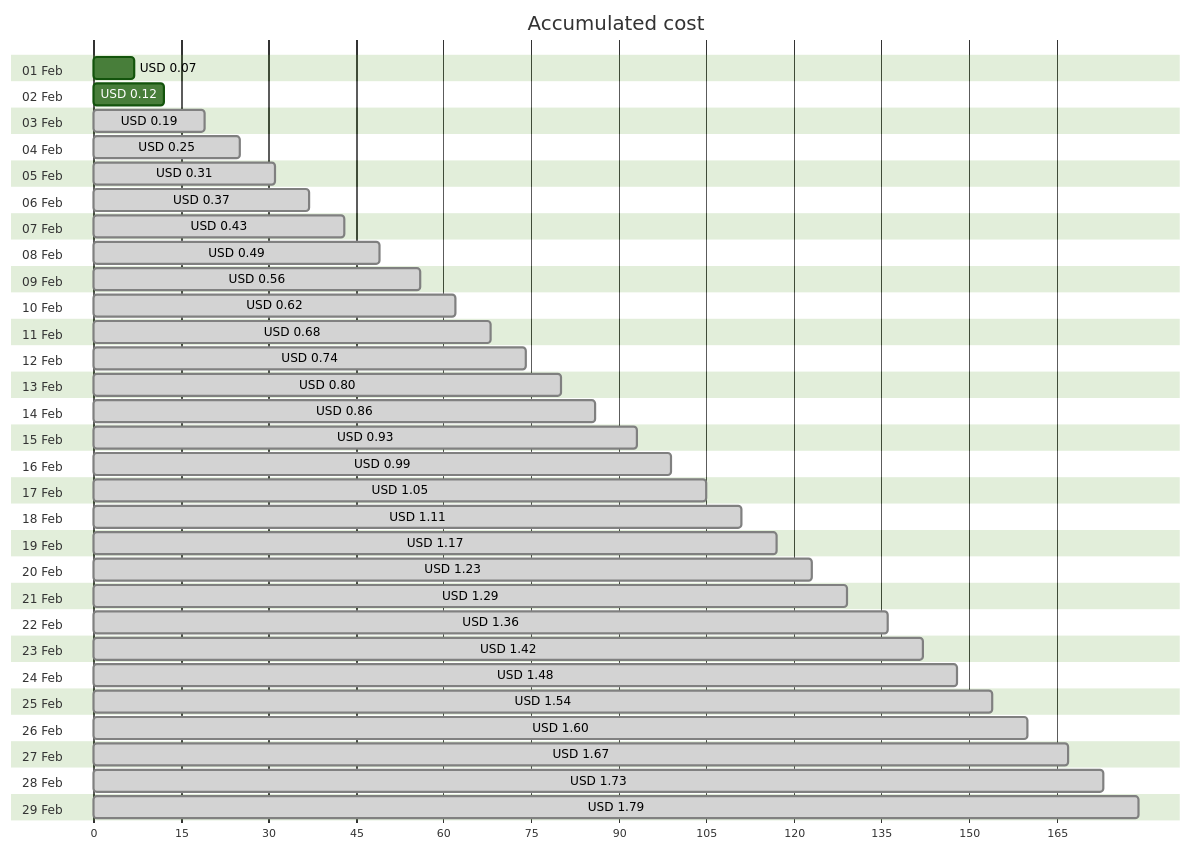
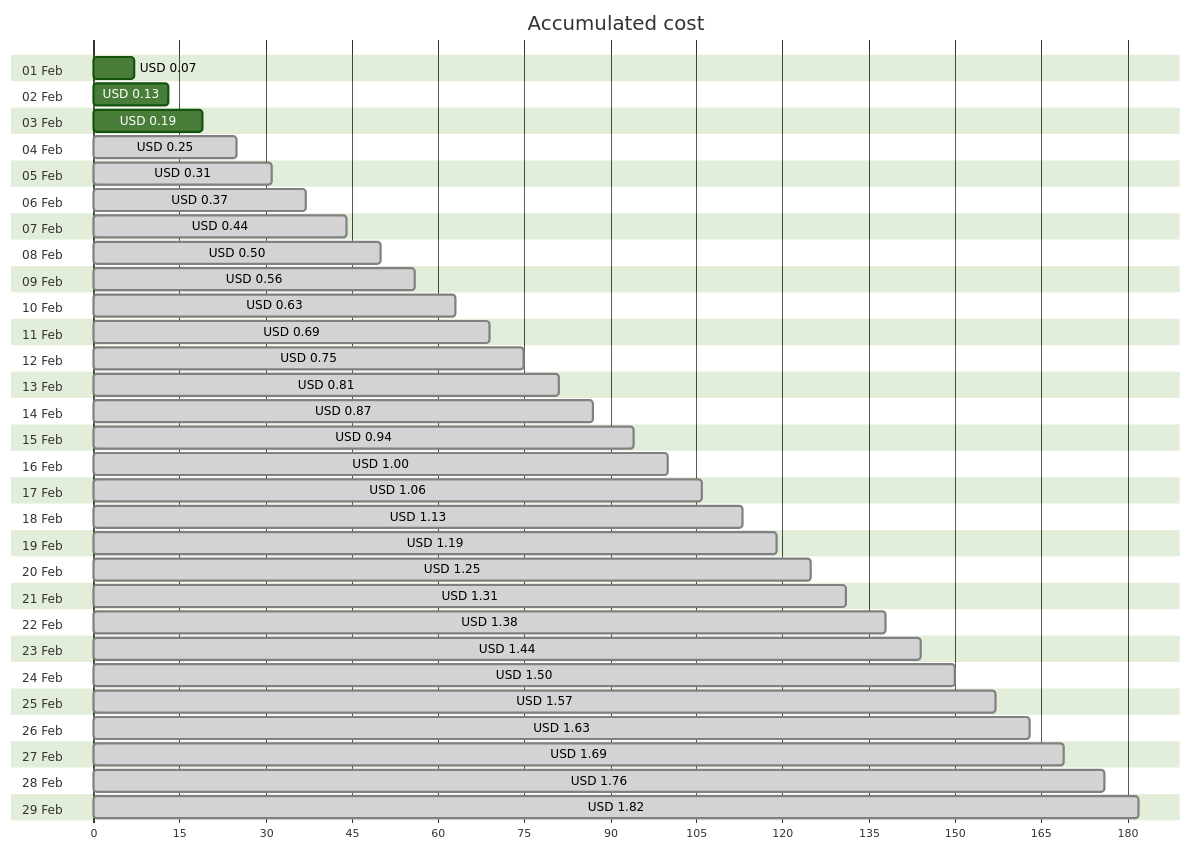
One commit to jpfulton/azure-personal-reports changed the first of 4 diagrams in cost-reports/personal-network/backup-server_OsDisk.md. Above: the diagram before and after it, drawn with Mermaid (forest theme). The commit also changed other lines of this file and 8 other files, not shown here.

````diff
--- a/cost-reports/personal-network/backup-server_OsDisk.md
+++ b/cost-reports/personal-network/backup-server_OsDisk.md
@@ -20,64 +20,64 @@
 ```mermaid
 gantt
    title Accumulated cost
    dateFormat  X
    axisFormat %s
    section 01 Feb
    USD 0.07 :0, 7
    section 02 Feb
-   USD 0.12 :0, 12
+   USD 0.13 :0, 13
    section 03 Feb
-   USD 0.19 : done, 0, 19
+   USD 0.19 :0, 19
    section 04 Feb
    USD 0.25 : done, 0, 25
    section 05 Feb
    USD 0.31 : done, 0, 31
    section 06 Feb
    USD 0.37 : done, 0, 37
    section 07 Feb
-   USD 0.43 : done, 0, 43
+   USD 0.44 : done, 0, 44
    section 08 Feb
-   USD 0.49 : done, 0, 49
+   USD 0.50 : done, 0, 50
    section 09 Feb
    USD 0.56 : done, 0, 56
    section 10 Feb
-   USD 0.62 : done, 0, 62
+   USD 0.63 : done, 0, 63
    section 11 Feb
-   USD 0.68 : done, 0, 68
+   USD 0.69 : done, 0, 69
    section 12 Feb
-   USD 0.74 : done, 0, 74
+   USD 0.75 : done, 0, 75
    section 13 Feb
-   USD 0.80 : done, 0, 80
+   USD 0.81 : done, 0, 81
    section 14 Feb
-   USD 0.86 : done, 0, 86
+   USD 0.87 : done, 0, 87
    section 15 Feb
-   USD 0.93 : done, 0, 93
+   USD 0.94 : done, 0, 94
    section 16 Feb
-   USD 0.99 : done, 0, 99
+   USD 1.00 : done, 0, 100
    section 17 Feb
-   USD 1.05 : done, 0, 105
+   USD 1.06 : done, 0, 106
    section 18 Feb
-   USD 1.11 : done, 0, 111
+   USD 1.13 : done, 0, 113
    section 19 Feb
-   USD 1.17 : done, 0, 117
+   USD 1.19 : done, 0, 119
    section 20 Feb
-   USD 1.23 : done, 0, 123
+   USD 1.25 : done, 0, 125
    section 21 Feb
-   USD 1.29 : done, 0, 129
+   USD 1.31 : done, 0, 131
    section 22 Feb
-   USD 1.36 : done, 0, 136
+   USD 1.38 : done, 0, 138
    section 23 Feb
-   USD 1.42 : done, 0, 142
+   USD 1.44 : done, 0, 144
    section 24 Feb
-   USD 1.48 : done, 0, 148
+   USD 1.50 : done, 0, 150
    section 25 Feb
-   USD 1.54 : done, 0, 154
+   USD 1.57 : done, 0, 157
    section 26 Feb
-   USD 1.60 : done, 0, 160
+   USD 1.63 : done, 0, 163
    section 27 Feb
-   USD 1.67 : done, 0, 167
+   USD 1.69 : done, 0, 169
    section 28 Feb
-   USD 1.73 : done, 0, 173
+   USD 1.76 : done, 0, 176
    section 29 Feb
-   USD 1.79 : done, 0, 179
+   USD 1.82 : done, 0, 182
 ```
````
